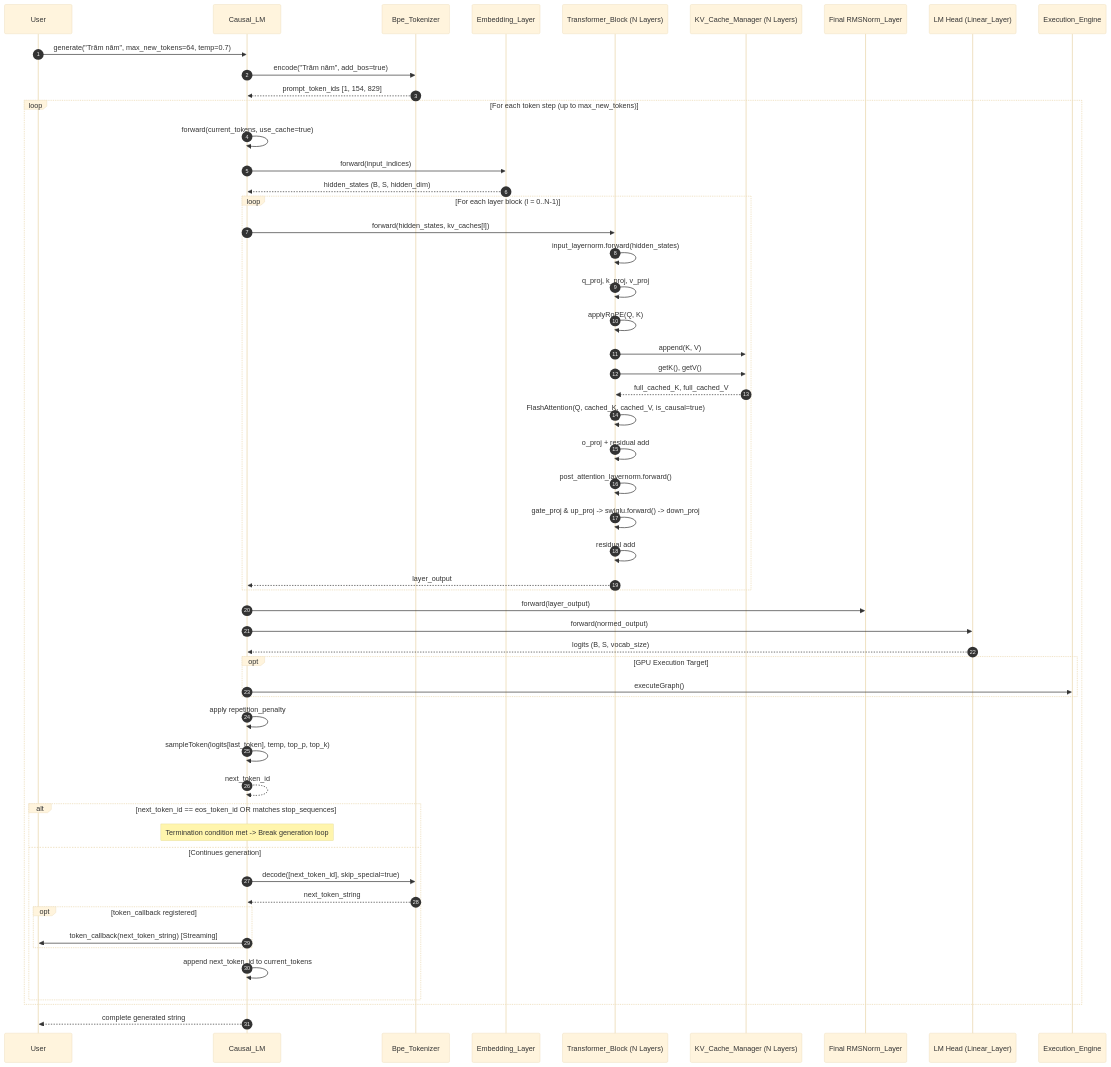
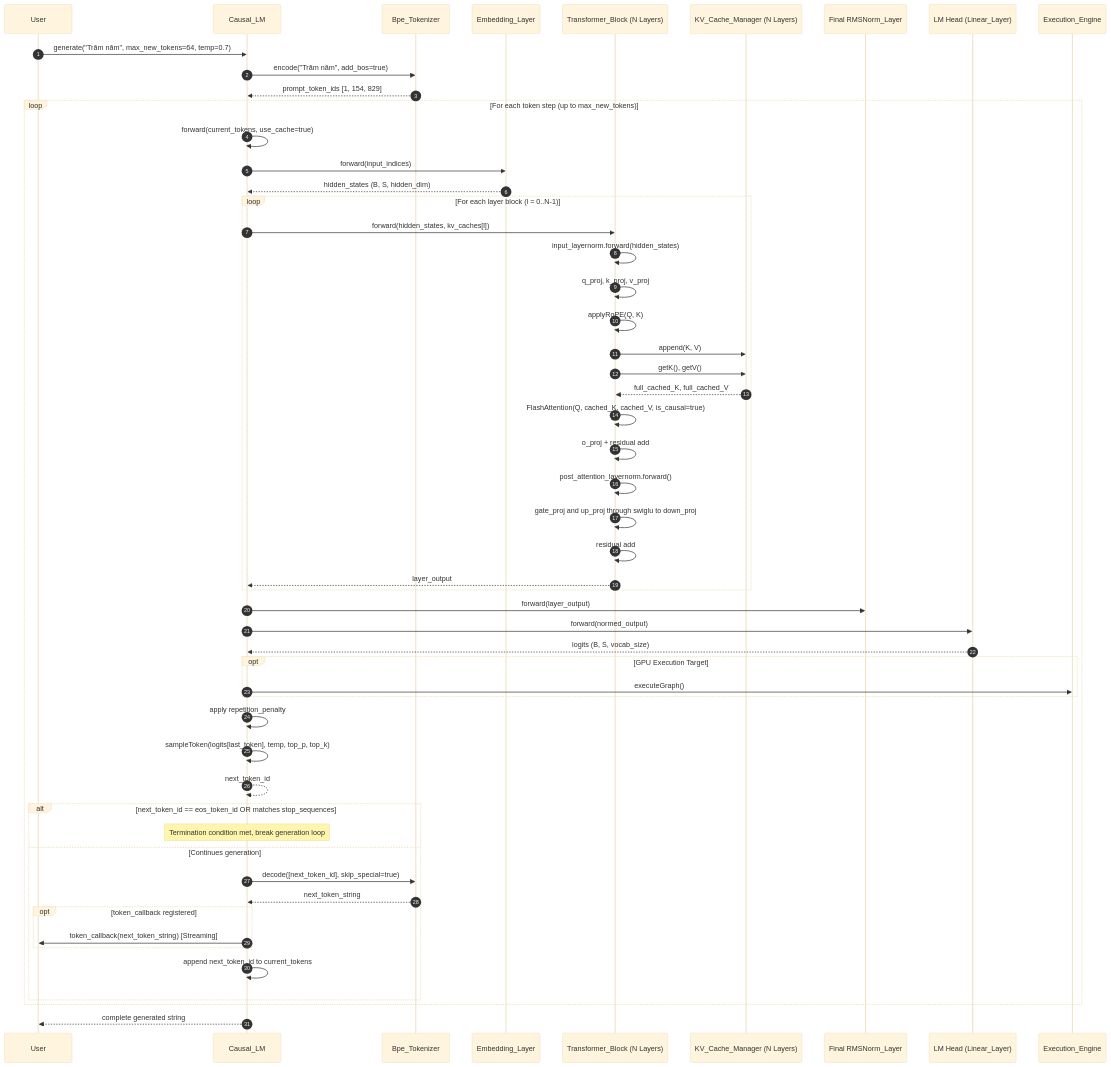
Before and after one commit to HungVQ1991/VulkanML: the tenth of 11 diagrams in architechture.md, drawn with Mermaid (base theme). The commit also changed other lines of this file, not shown here.

````diff
--- a/architechture.md
+++ b/architechture.md
@@ -913,64 +913,64 @@
 ```mermaid
 sequenceDiagram
     autonumber
     participant User
     participant LLM as Causal_LM
     participant Tok as Bpe_Tokenizer
     participant EMB as Embedding_Layer
     participant Block as Transformer_Block (N Layers)
     participant KVC as KV_Cache_Manager (N Layers)
     participant NORM as Final RMSNorm_Layer
     participant HEAD as LM Head (Linear_Layer)
     participant EE as Execution_Engine
 
     User->>LLM: generate("Trăm năm", max_new_tokens=64, temp=0.7)
     LLM->>Tok: encode("Trăm năm", add_bos=true)
     Tok-->>LLM: prompt_token_ids [1, 154, 829]
 
     loop For each token step (up to max_new_tokens)
         LLM->>LLM: forward(current_tokens, use_cache=true)
         LLM->>EMB: forward(input_indices)
         EMB-->>LLM: hidden_states (B, S, hidden_dim)
 
         loop For each layer block (l = 0..N-1)
             LLM->>Block: forward(hidden_states, kv_caches[l])
             Block->>Block: input_layernorm.forward(hidden_states)
             Block->>Block: q_proj, k_proj, v_proj
             Block->>Block: applyRoPE(Q, K)
             Block->>KVC: append(K, V)
             Block->>KVC: getK(), getV()
             KVC-->>Block: full_cached_K, full_cached_V
             Block->>Block: FlashAttention(Q, cached_K, cached_V, is_causal=true)
             Block->>Block: o_proj + residual add
             Block->>Block: post_attention_layernorm.forward()
-            Block->>Block: gate_proj & up_proj -> swiglu.forward() -> down_proj
+            Block->>Block: gate_proj and up_proj through swiglu to down_proj
             Block->>Block: residual add
             Block-->>LLM: layer_output
         end
 
         LLM->>NORM: forward(layer_output)
         LLM->>HEAD: forward(normed_output)
         HEAD-->>LLM: logits (B, S, vocab_size)
 
         opt GPU Execution Target
             LLM->>EE: executeGraph()
         end
 
         LLM->>LLM: apply repetition_penalty
         LLM->>LLM: sampleToken(logits[last_token], temp, top_p, top_k)
         LLM-->>LLM: next_token_id
 
         alt next_token_id == eos_token_id OR matches stop_sequences
-            Note over LLM: Termination condition met -> Break generation loop
+            Note over LLM: Termination condition met, break generation loop
         else Continues generation
             LLM->>Tok: decode([next_token_id], skip_special=true)
             Tok-->>LLM: next_token_string
             opt token_callback registered
                 LLM->>User: token_callback(next_token_string) [Streaming]
             end
             LLM->>LLM: append next_token_id to current_tokens
         end
     end
 
     LLM-->>User: complete generated string
 ```
````
